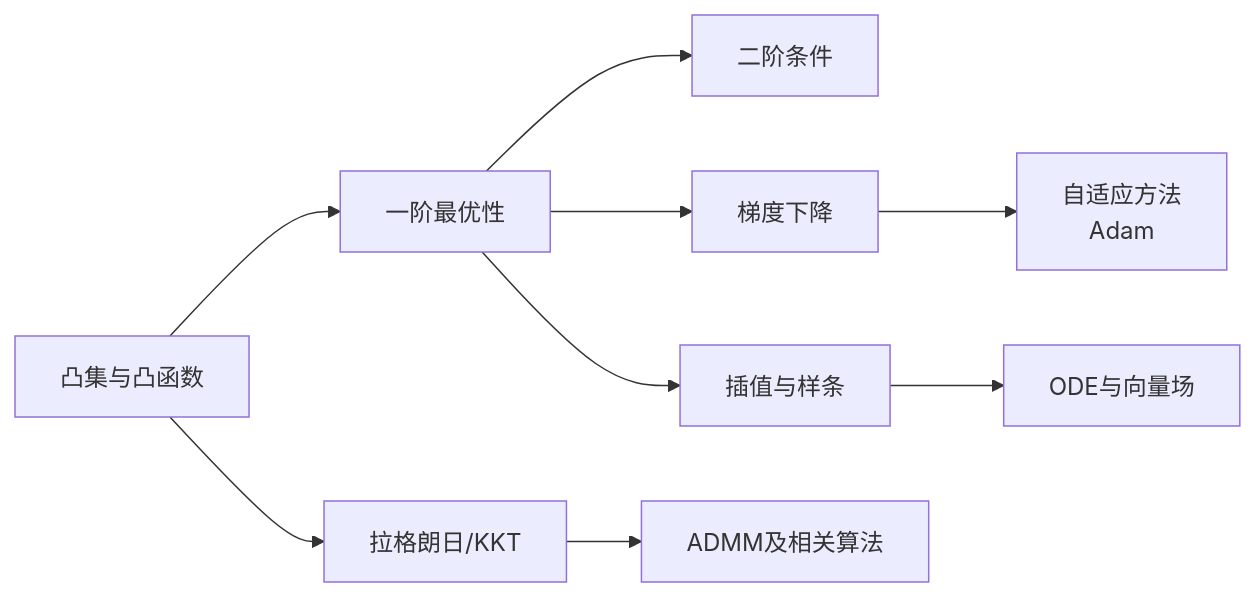
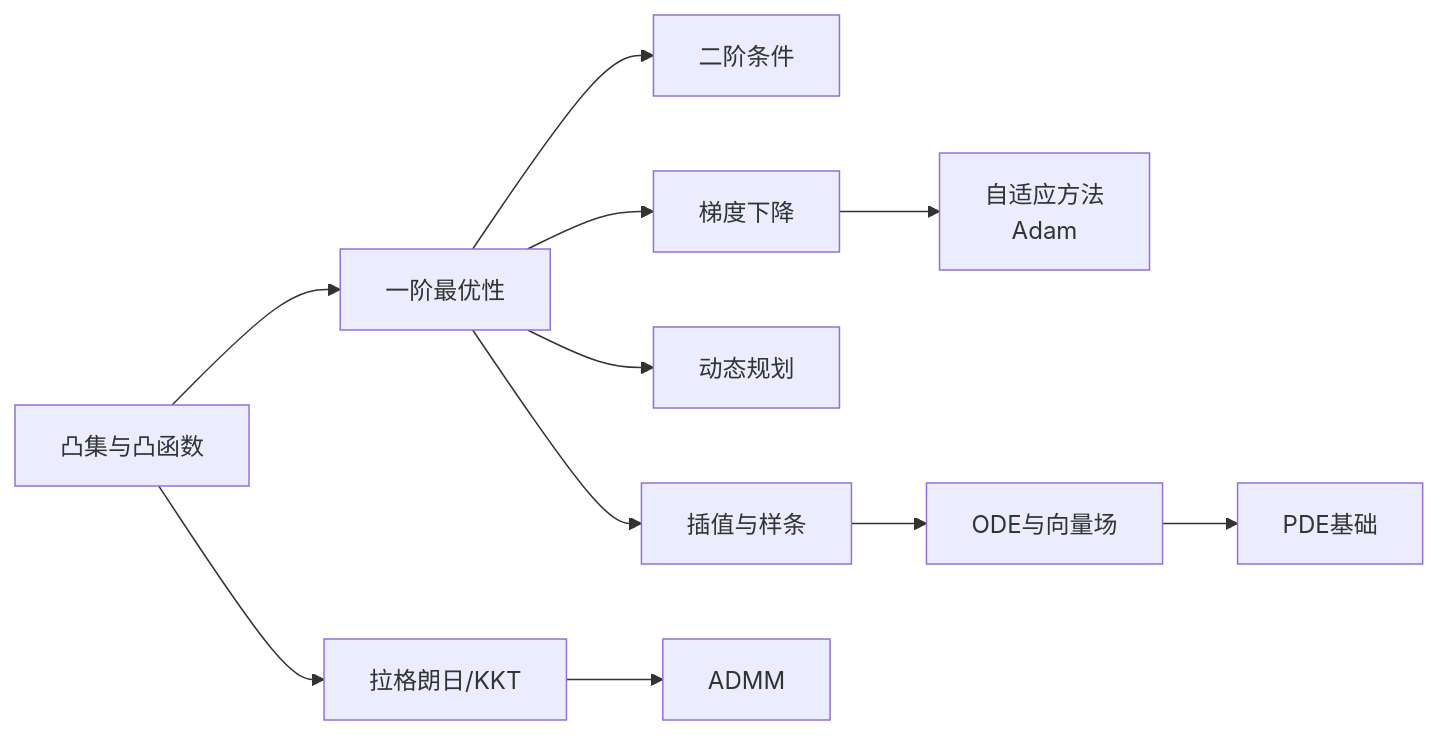
Before and after one commit to Yaoyaolingbro/hello-dl: the diagram in docs/01-math/optimization/index.md, drawn with Mermaid. The commit also changed other lines of this file and 16 other files, not shown here.

````diff
--- a/docs/01-math/optimization/index.md
+++ b/docs/01-math/optimization/index.md
@@ -7,11 +7,13 @@
 ```mermaid
 graph LR
     A[凸集与凸函数] --> B[一阶最优性]
     B --> C[二阶条件]
     B --> D[梯度下降]
     D --> E[自适应方法\nAdam]
-    A --> F[拉格朗日/KKT]
-    F --> ADMM[ADMM及相关算法]
-    B --> G[插值与样条]
-    G --> H[ODE与向量场]
+    B --> F[动态规划]
+    A --> G[拉格朗日/KKT]
+    G --> H[ADMM]
+    B --> I[插值与样条]
+    I --> J[ODE与向量场]
+    J --> K[PDE基础]
 ```
````
